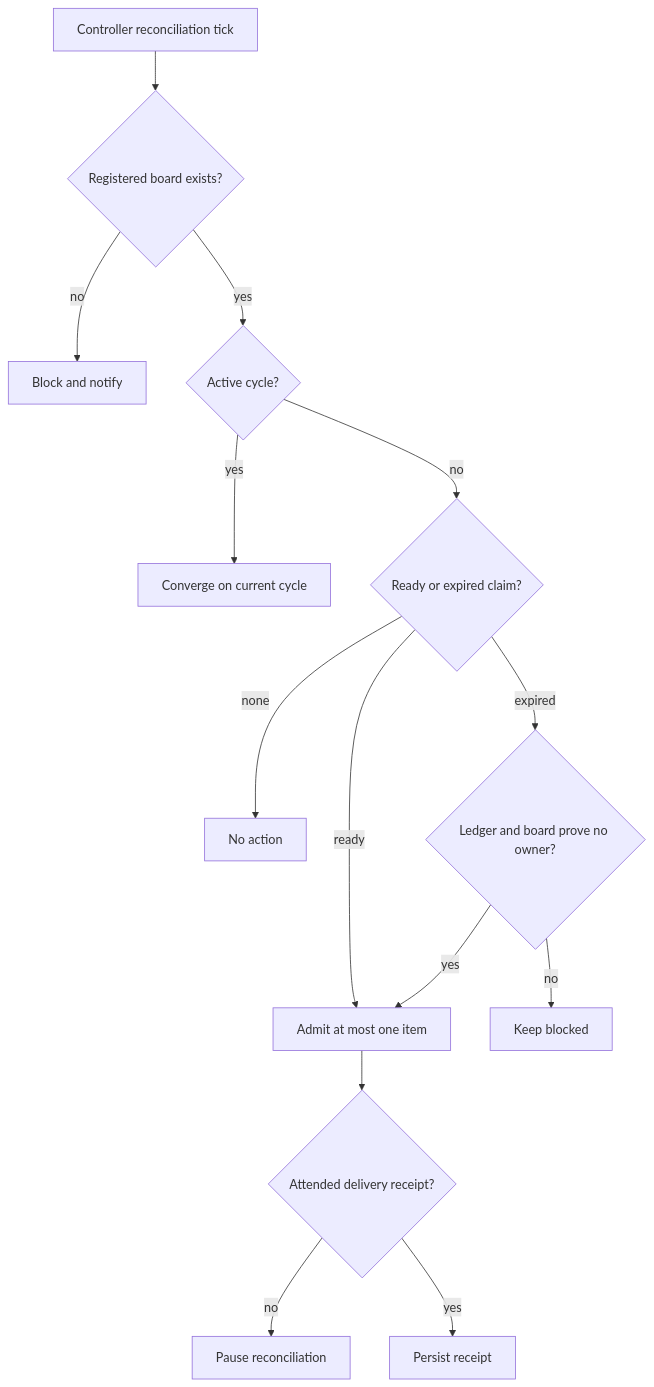
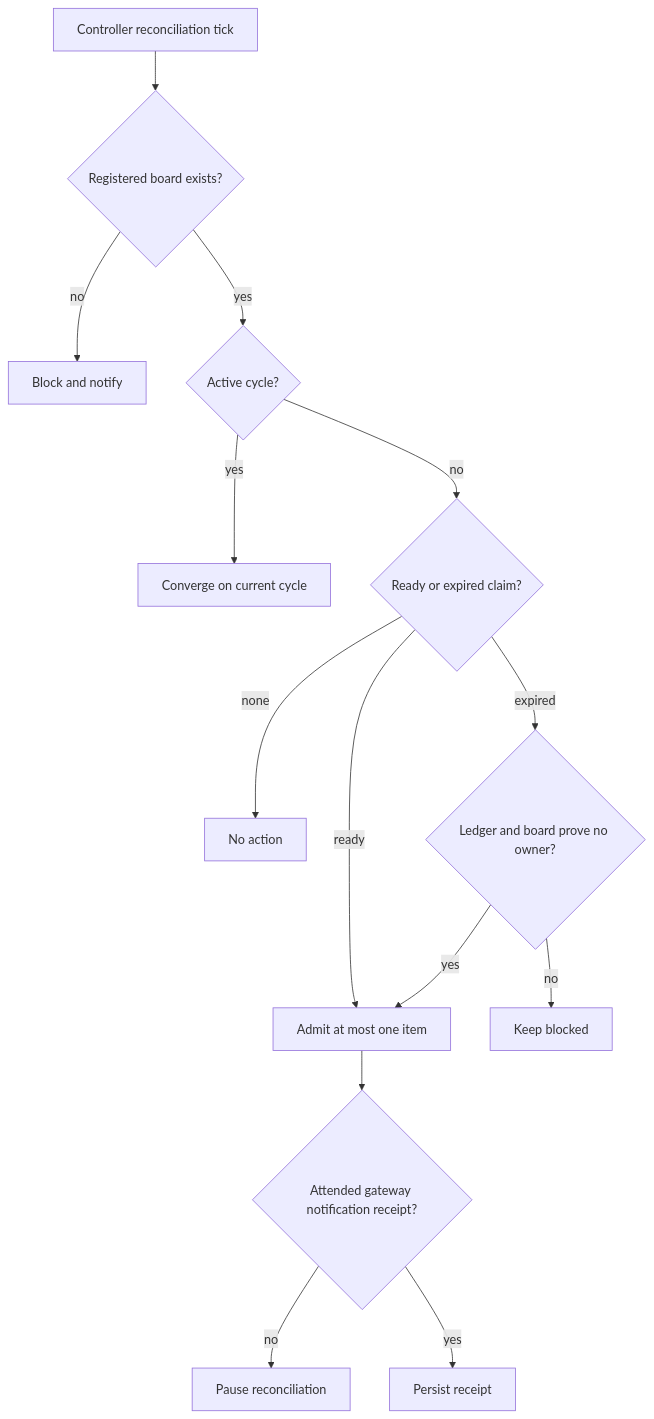
The seventh of 8 diagrams in docs/15-self-improvement.md (forgegod/daidala), drawn with Mermaid before and after one commit. The commit also changed other lines of this file and 49 other files, not shown here.

````diff
--- a/docs/15-self-improvement.md
+++ b/docs/15-self-improvement.md
@@ -512,16 +512,16 @@
 ```mermaid
 flowchart TD
     Tick["Controller reconciliation tick"] --> Board{"Registered board exists?"}
     Board -->|"no"| BlockBoard["Block and notify"]
     Board -->|"yes"| Active{"Active cycle?"}
     Active -->|"yes"| Observe["Converge on current cycle"]
     Active -->|"no"| Claim{"Ready or expired claim?"}
     Claim -->|"none"| Idle["No action"]
     Claim -->|"ready"| Admit["Admit at most one item"]
     Claim -->|"expired"| Proof{"Ledger and board prove no owner?"}
     Proof -->|"no"| Quarantine["Keep blocked"]
     Proof -->|"yes"| Admit
-    Admit --> Notify{"Attended delivery receipt?"}
+    Admit --> Notify{"Attended gateway notification receipt?"}
     Notify -->|"no"| Pause["Pause reconciliation"]
     Notify -->|"yes"| Done["Persist receipt"]
 ```
````
